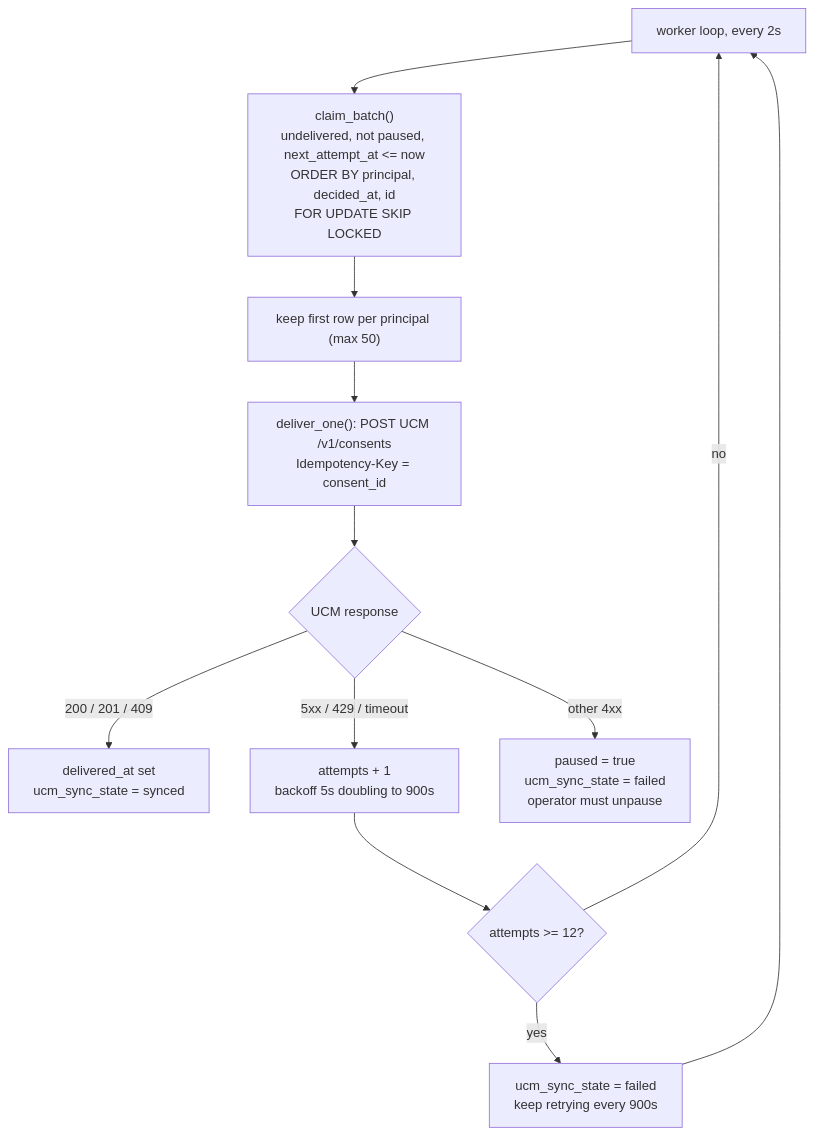
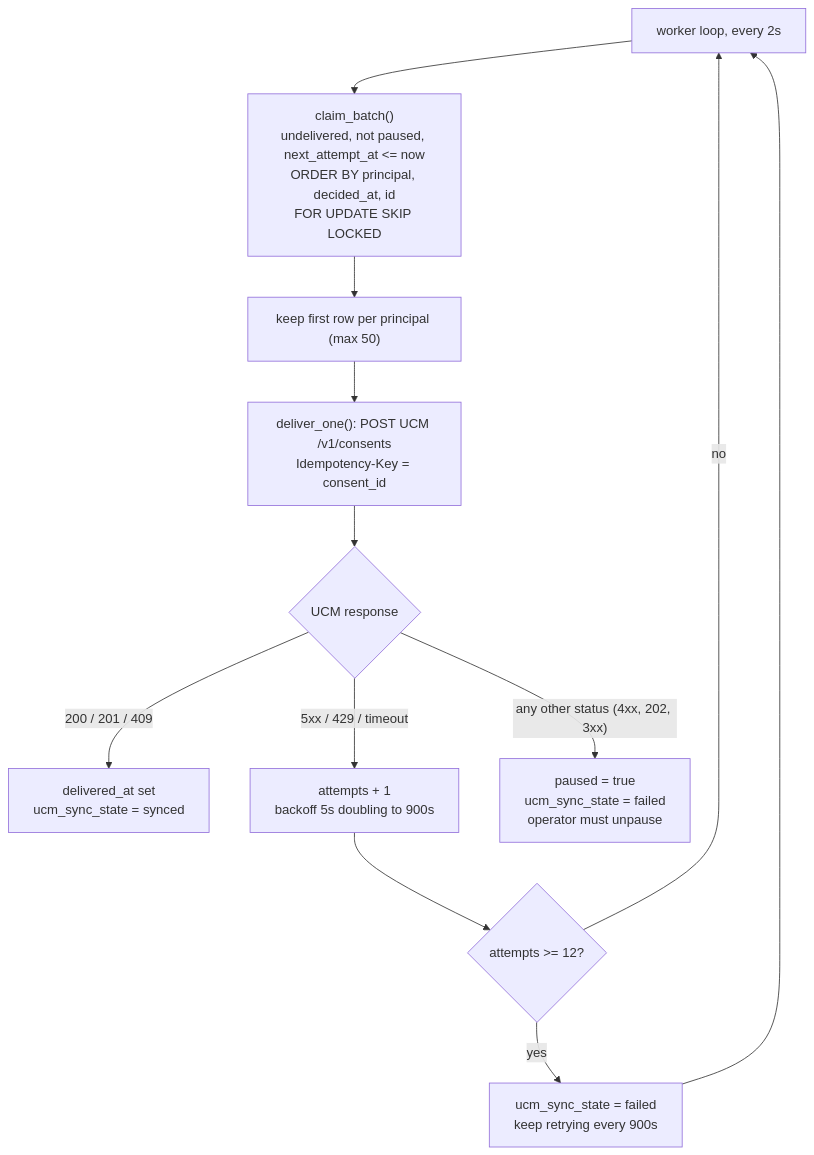
One commit to ajitbubu/IVR-consent-collection changed the sixth of 6 diagrams in doc/architecture.md. Above: the diagram before and after it, drawn with Mermaid. The commit also changed other lines of this file and 4 other files, not shown here.

````diff
--- a/doc/architecture.md
+++ b/doc/architecture.md
@@ -189,14 +189,14 @@
 ```mermaid
 flowchart TD
     loop["worker loop, every 2s"] --> claim["claim_batch()<br/>undelivered, not paused, next_attempt_at <= now<br/>ORDER BY principal, decided_at, id<br/>FOR UPDATE SKIP LOCKED"]
     claim --> head["keep first row per principal (max 50)"]
     head --> push["deliver_one(): POST UCM /v1/consents<br/>Idempotency-Key = consent_id"]
     push --> ok{"UCM response"}
     ok -- "200 / 201 / 409" --> synced["delivered_at set<br/>ucm_sync_state = synced"]
     ok -- "5xx / 429 / timeout" --> retry["attempts + 1<br/>backoff 5s doubling to 900s"]
     retry --> max{"attempts >= 12?"}
     max -- no --> loop
     max -- yes --> failed["ucm_sync_state = failed<br/>keep retrying every 900s"]
     failed --> loop
-    ok -- "other 4xx" --> paused["paused = true<br/>ucm_sync_state = failed<br/>operator must unpause"]
+    ok -- "any other status (4xx, 202, 3xx)" --> paused["paused = true<br/>ucm_sync_state = failed<br/>operator must unpause"]
 ```
````
